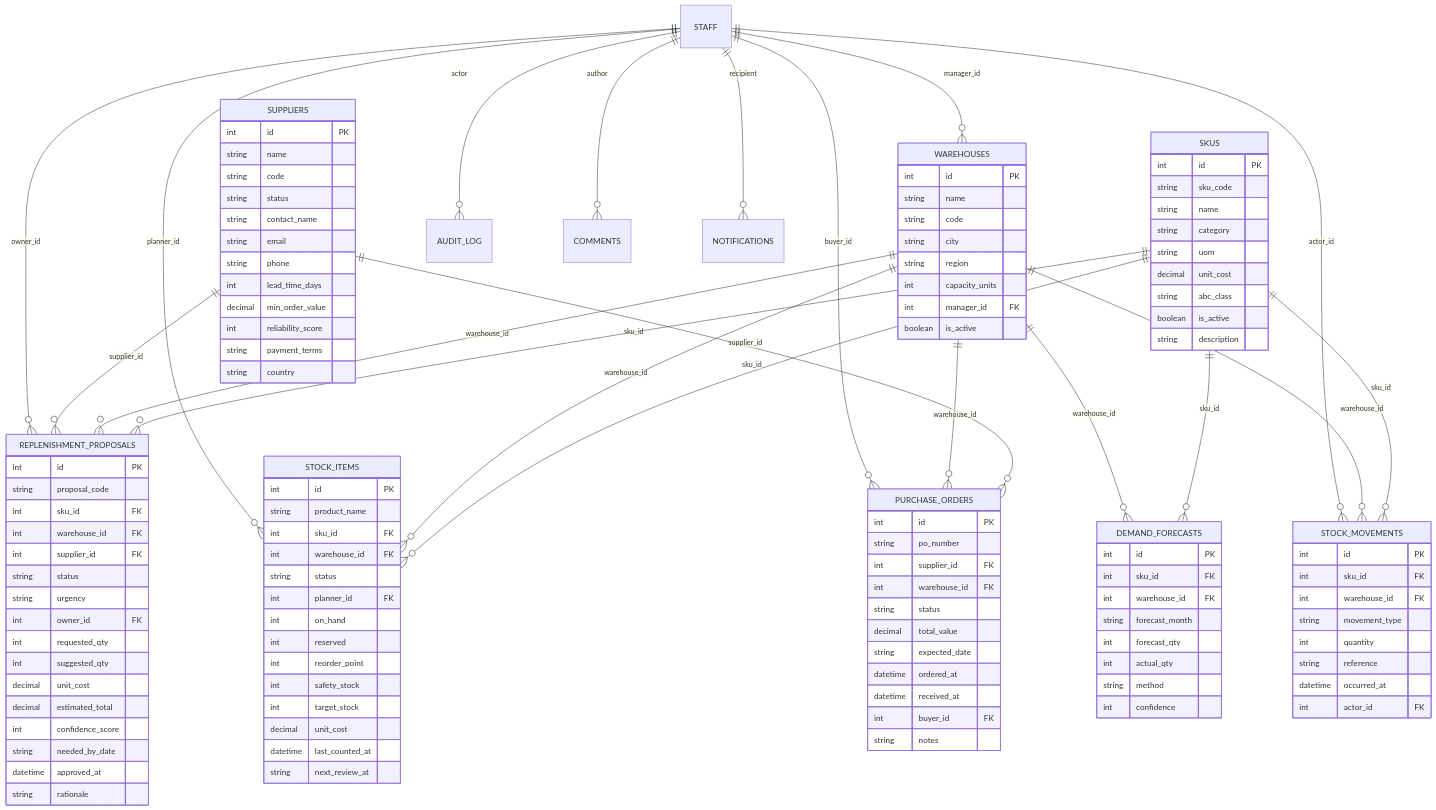
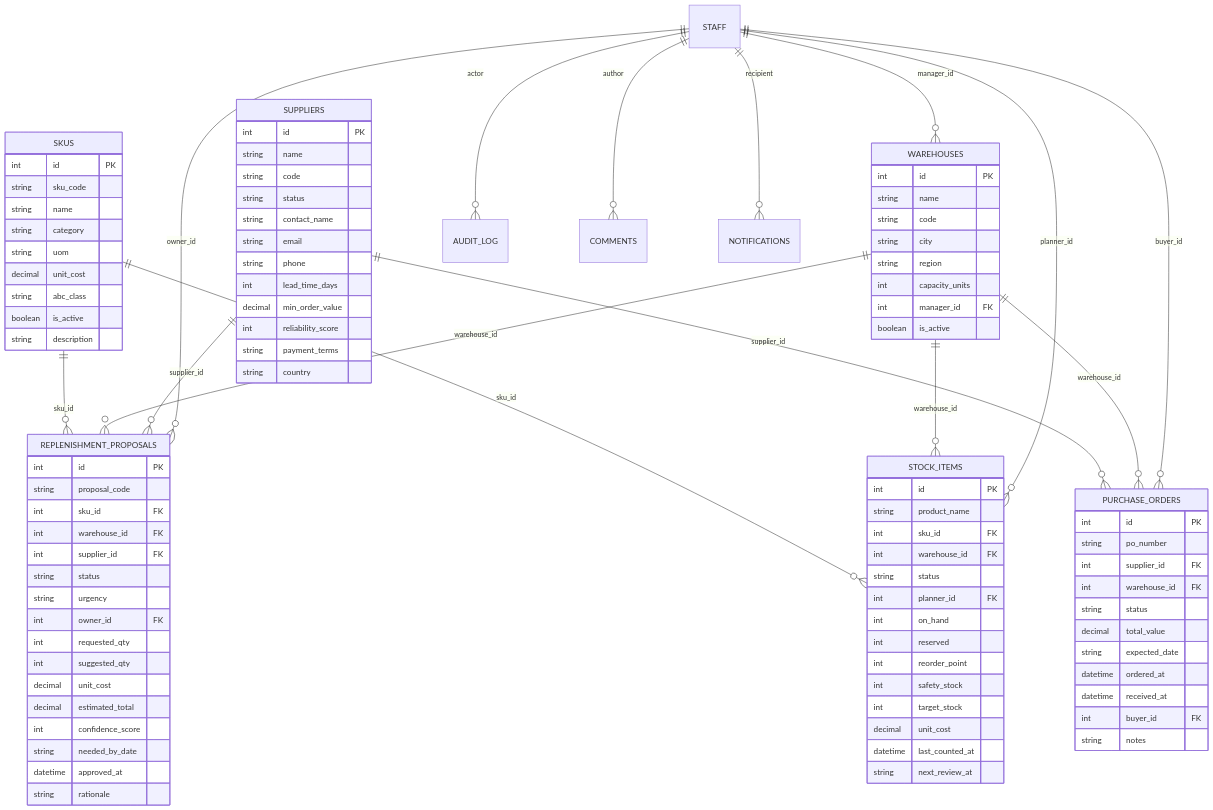
Before and after one commit to Jet-labs/jet-admin: the diagram in marketplace/templates/inventory-replenishment-planner/README.md, drawn with Mermaid. The commit also changed other lines of this file and 202 other files, not shown here.

```diff
--- a/marketplace/templates/inventory-replenishment-planner/README.md
+++ b/marketplace/templates/inventory-replenishment-planner/README.md
@@ -137,26 +125,6 @@
     int manager_id FK
     boolean is_active
   }
-  DEMAND_FORECASTS {
-    int id PK
-    int sku_id FK
-    int warehouse_id FK
-    string forecast_month
-    int forecast_qty
-    int actual_qty
-    string method
-    int confidence
-  }
-  STOCK_MOVEMENTS {
-    int id PK
-    int sku_id FK
-    int warehouse_id FK
-    string movement_type
-    int quantity
-    string reference
-    datetime occurred_at
-    int actor_id FK
-  }
   SKUS ||--o{ REPLENISHMENT_PROPOSALS : "sku_id"
   WAREHOUSES ||--o{ REPLENISHMENT_PROPOSALS : "warehouse_id"
   SUPPLIERS ||--o{ REPLENISHMENT_PROPOSALS : "supplier_id"
@@ -168,11 +136,6 @@
   WAREHOUSES ||--o{ PURCHASE_ORDERS : "warehouse_id"
   STAFF ||--o{ PURCHASE_ORDERS : "buyer_id"
   STAFF ||--o{ WAREHOUSES : "manager_id"
-  SKUS ||--o{ DEMAND_FORECASTS : "sku_id"
-  WAREHOUSES ||--o{ DEMAND_FORECASTS : "warehouse_id"
-  SKUS ||--o{ STOCK_MOVEMENTS : "sku_id"
-  WAREHOUSES ||--o{ STOCK_MOVEMENTS : "warehouse_id"
-  STAFF ||--o{ STOCK_MOVEMENTS : "actor_id"
   STAFF ||--o{ AUDIT_LOG : actor
   STAFF ||--o{ COMMENTS : author
   STAFF ||--o{ NOTIFICATIONS : recipient
```
